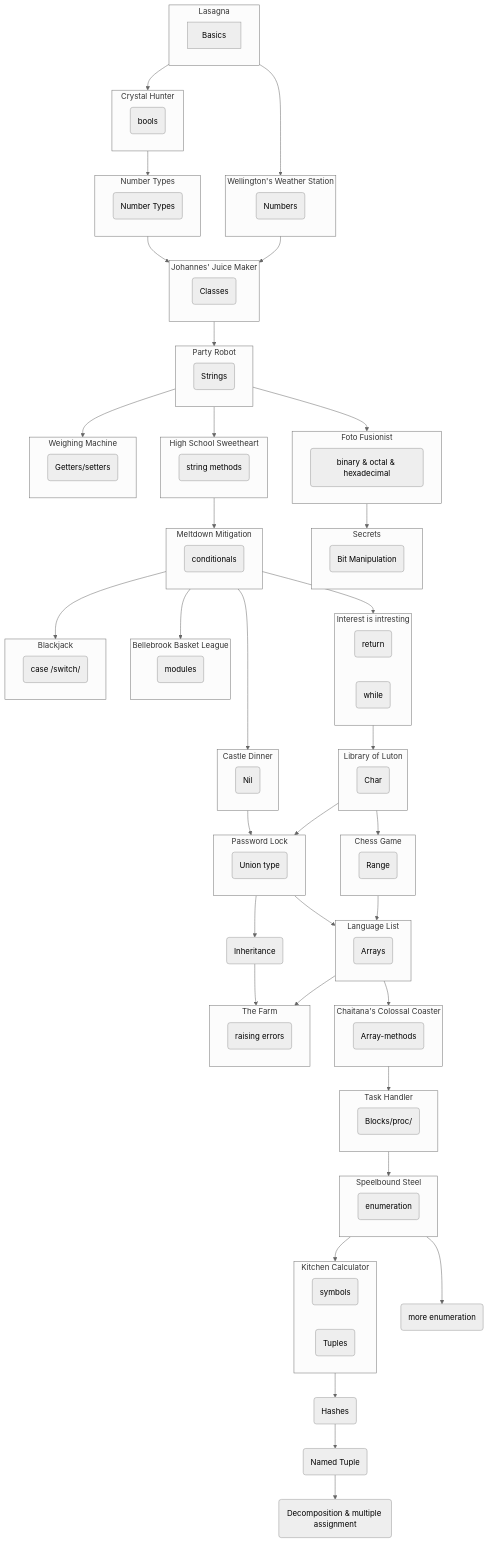
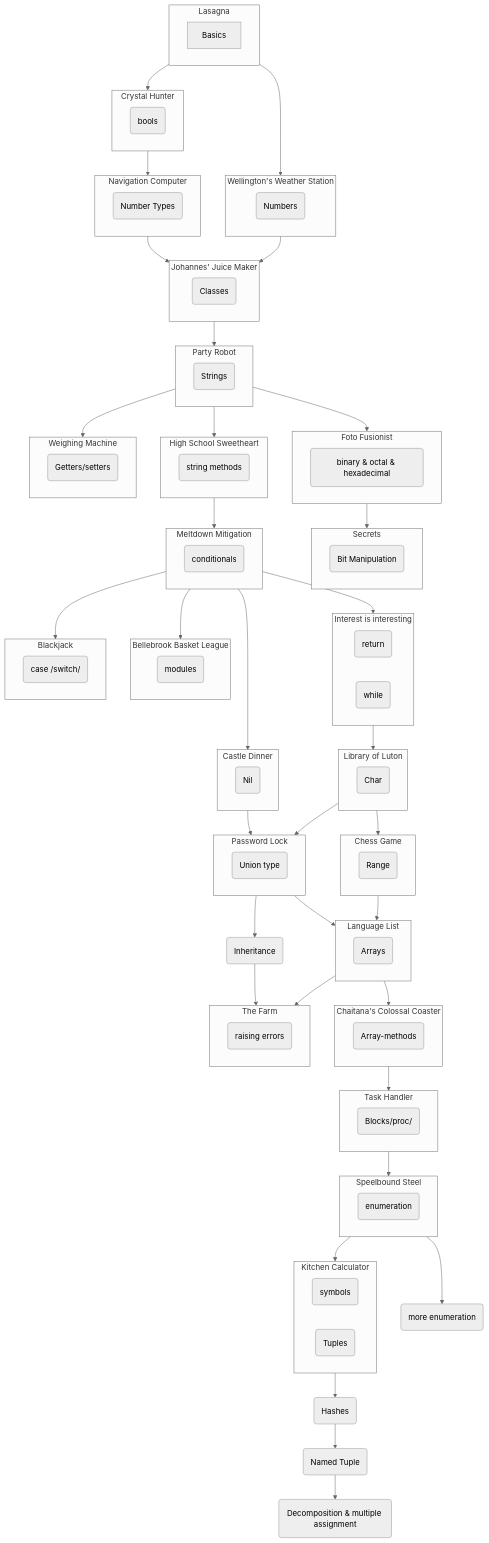
Before and after one commit to meatball133/crystal: the diagram in misc/concept_tree.md, drawn with Mermaid (neutral theme). The commit also changed other lines of this file, not shown here.

Commit message:
Fixes to concept tree

```diff
--- a/misc/concept_tree.md
+++ b/misc/concept_tree.md
@@ -16,7 +16,7 @@
         b(bools)
     end
 
-    subgraph J [Number Types]
+    subgraph J [Navigation Computer]
         ac(Number Types)
     end
 
@@ -48,7 +48,7 @@
         h(conditionals)
     end
 
-    subgraph I [Interest is intresting]
+    subgraph I [Interest is interesting]
         i(return)
         j(while)
     end
```
